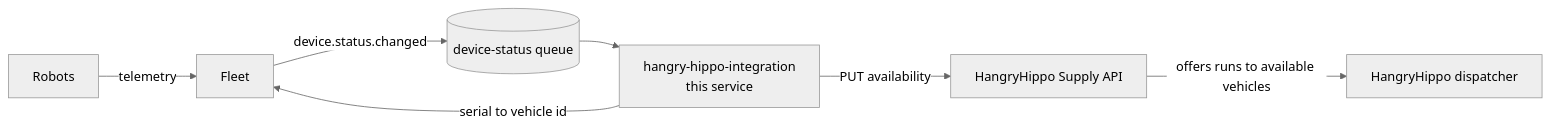
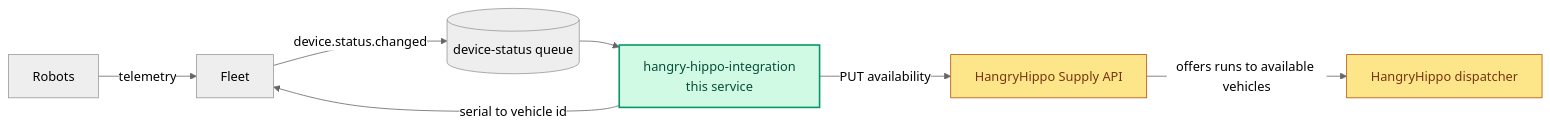
Before and after one commit to cococandidate/coco-interview-device-status: the diagram in README.md, drawn with Mermaid (neutral theme). The commit also changed other lines of this file, not shown here.

Commit message:
Color the diagram by who owns each box

````diff
--- a/README.md
+++ b/README.md
@@ -14,9 +14,14 @@
 ```mermaid
 flowchart LR
   Robots -->|telemetry| Fleet
   Fleet -->|device.status.changed| Q[(device-status queue)]
   Q --> S[hangry-hippo-integration<br/>this service]
   S -->|serial to vehicle id| Fleet
   S -->|PUT availability| HH[HangryHippo Supply API]
   HH -->|offers runs to available vehicles| D[HangryHippo dispatcher]
+
+  classDef editable fill:#d1fae5,stroke:#059669,stroke-width:2px,color:#064e3b
+  classDef partner fill:#fde68a,stroke:#b45309,color:#78350f
+  class S editable
+  class HH,D partner
 ```
````
